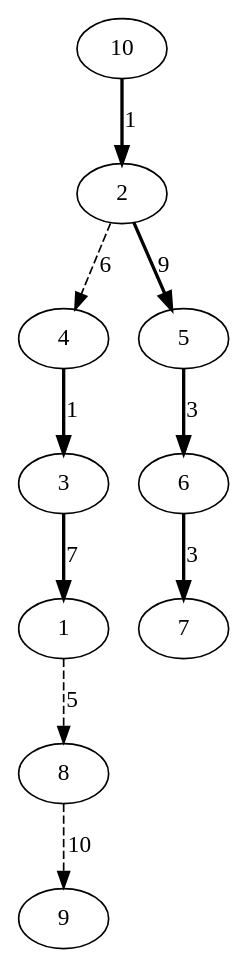
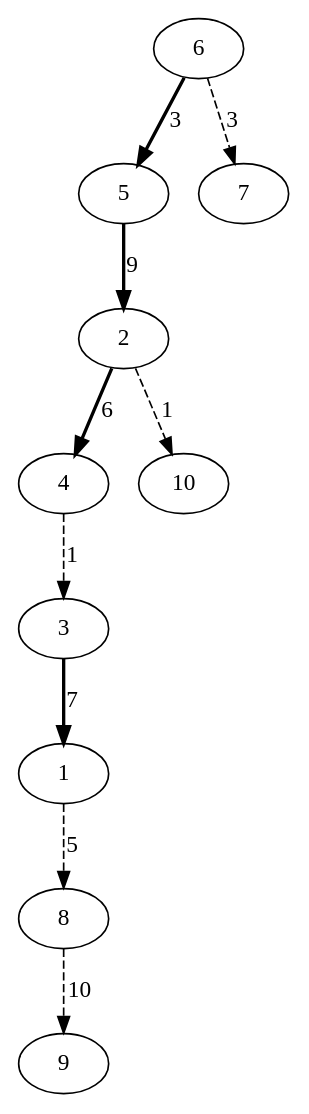
One commit to Musab1Blaser/DynamicTrees_NF changed the diagram in ST-Tree/src/combined_graph.dot. Above: the diagram before and after it, drawn with Graphviz. The commit also changed 6 other files, not shown here.

```diff
--- a/ST-Tree/src/combined_graph.dot
+++ b/ST-Tree/src/combined_graph.dot
@@ -1,21 +1,21 @@
 digraph G {
-4 -> 3 [style=bold, label=1];
 3 -> 1 [style=bold, label=7];
-10 -> 2 [style=bold, label=1];
-2 -> 5 [style=bold, label=9];
-5 -> 6 [style=bold, label=3];
-6 -> 7 [style=bold, label=3];
-2 -> 4 [style=dashed, label=6];
+6 -> 5 [style=bold, label=3];
+5 -> 2 [style=bold, label=9];
+2 -> 4 [style=bold, label=6];
+4 -> 3 [style=dashed, label=1];
+6 -> 7 [style=dashed, label=3];
 1 -> 8 [style=dashed, label=5];
 8 -> 9 [style=dashed, label=10];
+2 -> 10 [style=dashed, label=1];
 1; 
 2; 
 3; 
 4; 
 5; 
 6; 
 7; 
 8; 
 9; 
 10; 
 }
```
